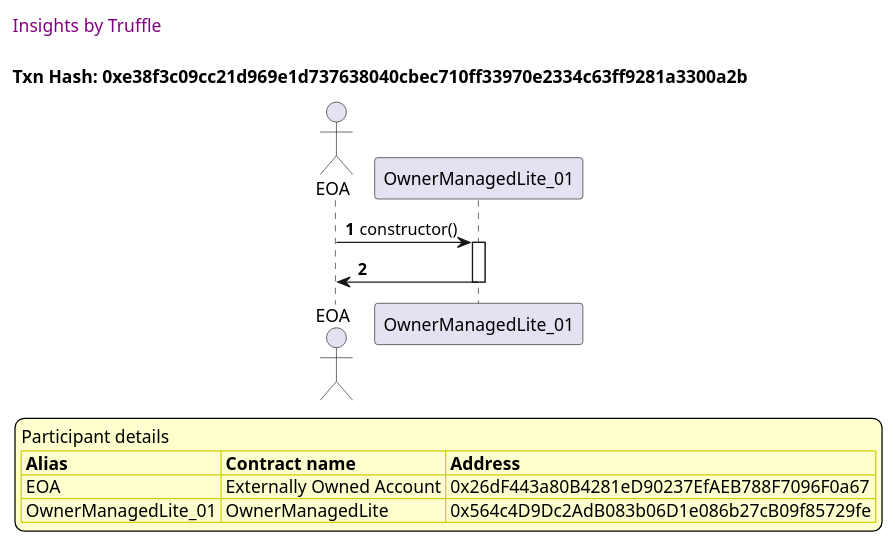
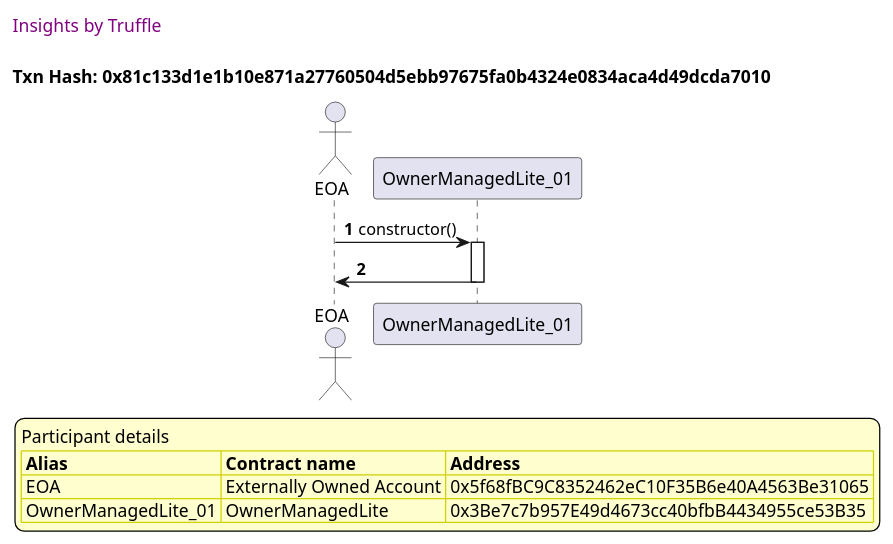
One commit to thedarkjester/ConsensysAssignment changed the fourth of 16 diagrams in truffle-seq/OwnerManagedLite_test_activate_deactivate_dapp.md. Above: the diagram before and after it, drawn with PlantUML. The commit also changed other lines of this file and 13 other files, not shown here.

````diff
--- a/truffle-seq/OwnerManagedLite_test_activate_deactivate_dapp.md
+++ b/truffle-seq/OwnerManagedLite_test_activate_deactivate_dapp.md
@@ -154,37 +154,37 @@
 ```plantuml
 
 
 @startuml
 
 autonumber
 skinparam legendBackgroundColor #FEFECE
 
 <style>
       header {
         HorizontalAlignment left
         FontColor purple
         FontSize 14
         Padding 10
       }
     </style>
 
 header Insights by Truffle
 
-title Txn Hash: 0xe38f3c09cc21d969e1d737638040cbec710ff33970e2334c63ff9281a3300a2b
+title Txn Hash: 0x81c133d1e1b10e871a27760504d5ebb97675fa0b4324e0834aca4d49dcda7010
 
 
 actor EOA as "EOA"
 participant OwnerManagedLite_01 as "OwnerManagedLite_01"
 
 "EOA" -> "OwnerManagedLite_01" ++: constructor()
 "OwnerManagedLite_01" -> "EOA" --: 
 
 legend
 Participant details
 <#FEFECE,#D0D000>|= Alias |= Contract name |= Address |
-<#FEFECE>| EOA | Externally Owned Account | 0x26dF443a80B4281eD90237EfAEB788F7096F0a67 |
-<#FEFECE>| OwnerManagedLite_01 | OwnerManagedLite | 0x564c4D9Dc2AdB083b06D1e086b27cB09f85729fe |
+<#FEFECE>| EOA | Externally Owned Account | 0x5f68fBC9C8352462eC10F35B6e40A4563Be31065 |
+<#FEFECE>| OwnerManagedLite_01 | OwnerManagedLite | 0x3Be7c7b957E49d4673cc40bfbB4434955ce53B35 |
 endlegend
 
 @enduml
 ```
````
